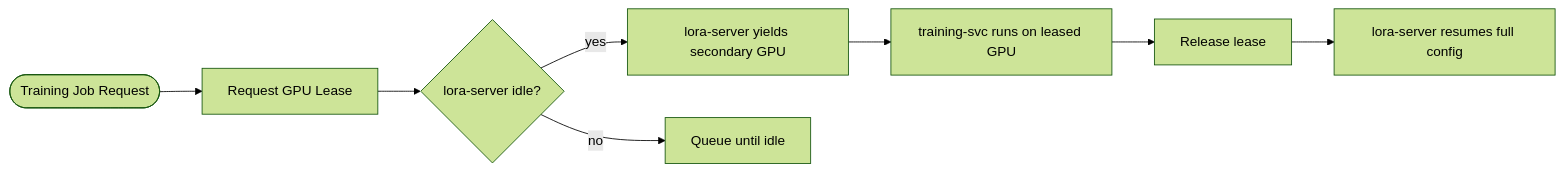
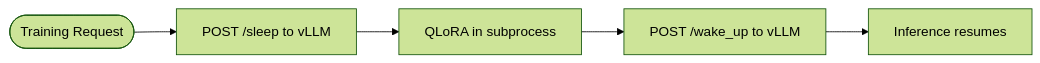
The diagram in docs/architecture/monorepo-mapping.md (ElixirTrials/rune), drawn with Mermaid (forest theme) before and after one commit. The commit also changed other lines of this file and 20 other files, not shown here.

````diff
--- a/docs/architecture/monorepo-mapping.md
+++ b/docs/architecture/monorepo-mapping.md
@@ -55,10 +56,7 @@
 ```mermaid
 flowchart LR
-    TrainReq([Training Job Request]) --> Lease[Request GPU Lease]
-    Lease --> Check{lora-server idle?}
-    Check -->|yes| Yield[lora-server yields secondary GPU]
-    Check -->|no| Queue[Queue until idle]
-    Yield --> Train[training-svc runs on leased GPU]
-    Train --> Release[Release lease]
-    Release --> Resume[lora-server resumes full config]
+    TrainReq([Training Request]) --> Sleep[POST /sleep to vLLM]
+    Sleep --> Train[QLoRA in subprocess]
+    Train --> Wake[POST /wake_up to vLLM]
+    Wake --> Resume[Inference resumes]
 ```
````
